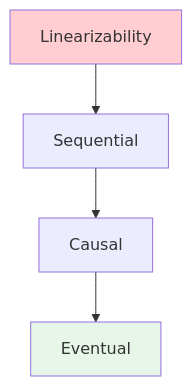
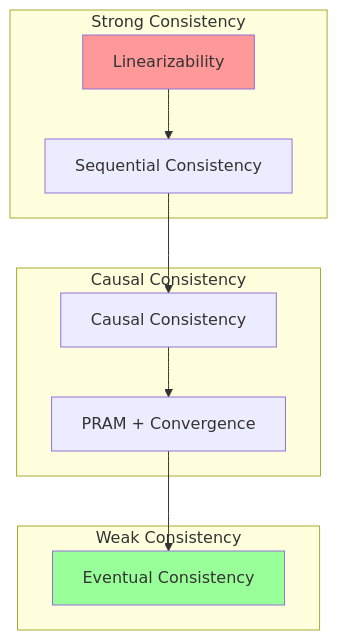
Before and after one commit to AdaMartin18010/AnalysisDataFlow: the first of 2 diagrams in en/exercise-consistency-models.md, drawn with Mermaid. The commit also changed other lines of this file and 20 other files, not shown here.

````diff
--- a/en/exercise-consistency-models.md
+++ b/en/exercise-consistency-models.md
@@ -62,9 +298,21 @@
 ```mermaid
-graph TD
-    L[Linearizability] --> S[Sequential]
-    S --> C[Causal]
-    C --> E[Eventual]
+graph TB
+    subgraph "Strong Consistency"
+        L[Linearizability]
+        S[Sequential Consistency]
+    end
 
-    style L fill:#ffcdd2
-    style E fill:#e8f5e9
+    subgraph "Causal Consistency"
+        C[Causal Consistency]
+        PRAM[PRAM + Convergence]
+    end
+
+    subgraph "Weak Consistency"
+        E[Eventual Consistency]
+    end
+
+    L --> S --> C --> PRAM --> E
+
+    style L fill:#ff9999
+    style E fill:#99ff99
 ```
````
